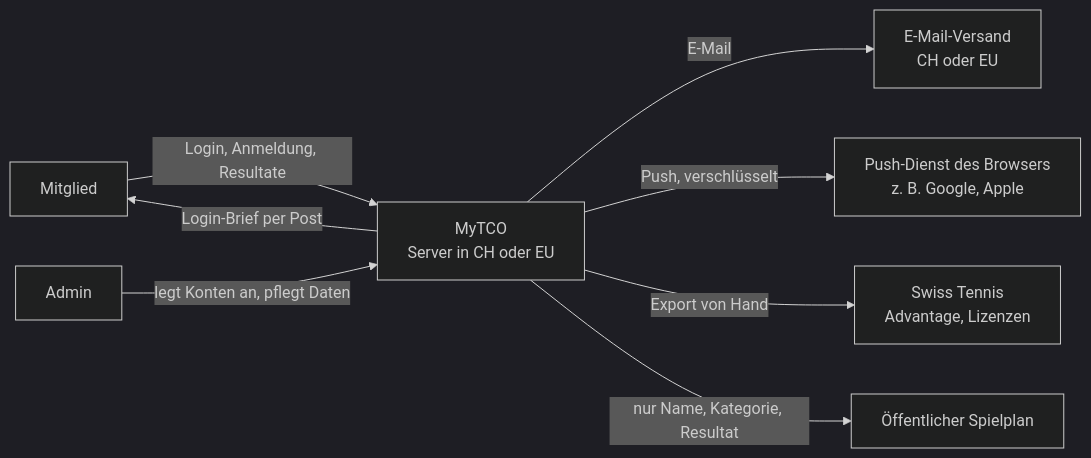
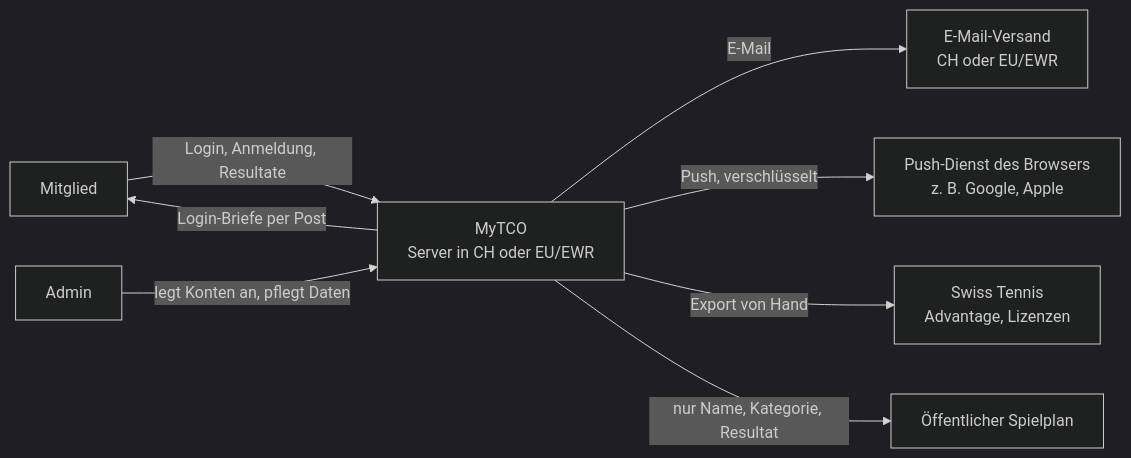
One commit to konstantinniedermann/tco-app changed the diagram in docs/datenschutz.md. Above: the diagram before and after it, drawn with Mermaid (dark theme). The commit also changed other lines of this file and 3 other files, not shown here.

````diff
--- a/docs/datenschutz.md
+++ b/docs/datenschutz.md
@@ -80,10 +84,10 @@
 ```mermaid
 flowchart LR
-  M[Mitglied] -->|Login, Anmeldung, Resultate| APP[MyTCO<br/>Server in CH oder EU]
+  M[Mitglied] -->|Login, Anmeldung, Resultate| APP[MyTCO<br/>Server in CH oder EU/EWR]
   A[Admin] -->|legt Konten an, pflegt Daten| APP
-  APP -->|Login-Brief per Post| M
-  APP -->|E-Mail| EM[E-Mail-Versand<br/>CH oder EU]
+  APP -->|Login-Briefe per Post| M
+  APP -->|E-Mail| EM[E-Mail-Versand<br/>CH oder EU/EWR]
   APP -->|Push, verschlüsselt| PD[Push-Dienst des Browsers<br/>z. B. Google, Apple]
   APP -->|Export von Hand| ST[Swiss Tennis<br/>Advantage, Lizenzen]
   APP -->|nur Name, Kategorie, Resultat| OEF[Öffentlicher Spielplan]
 ```
````
